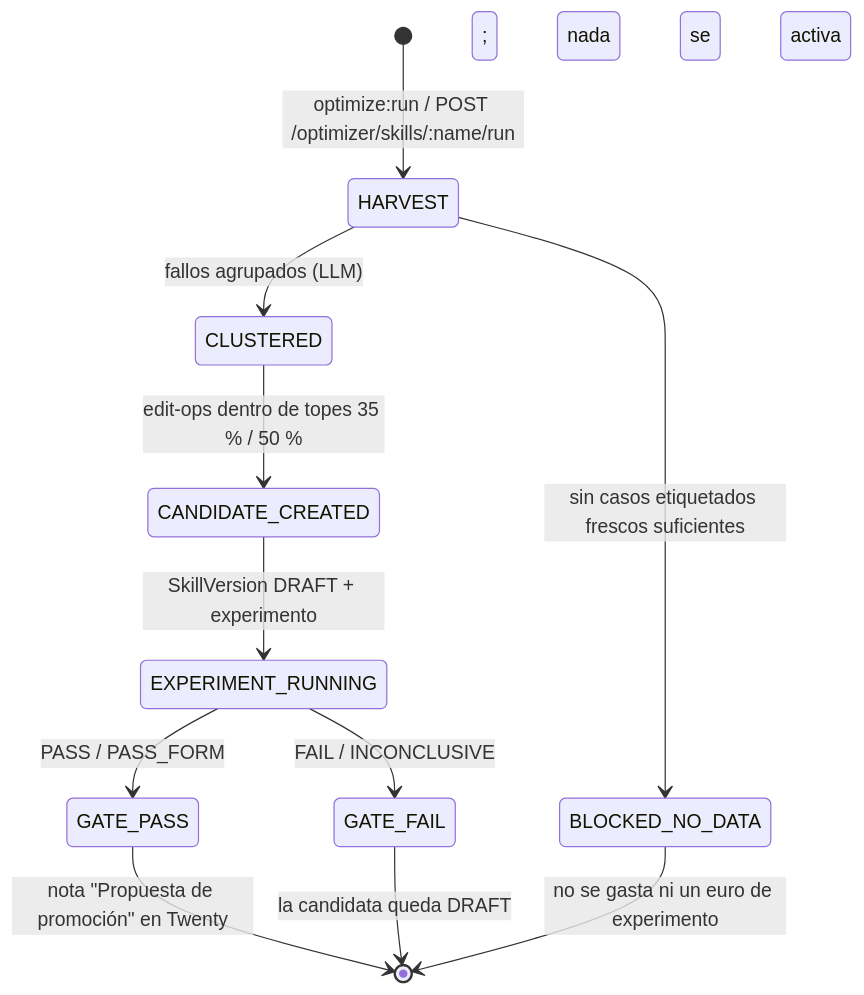
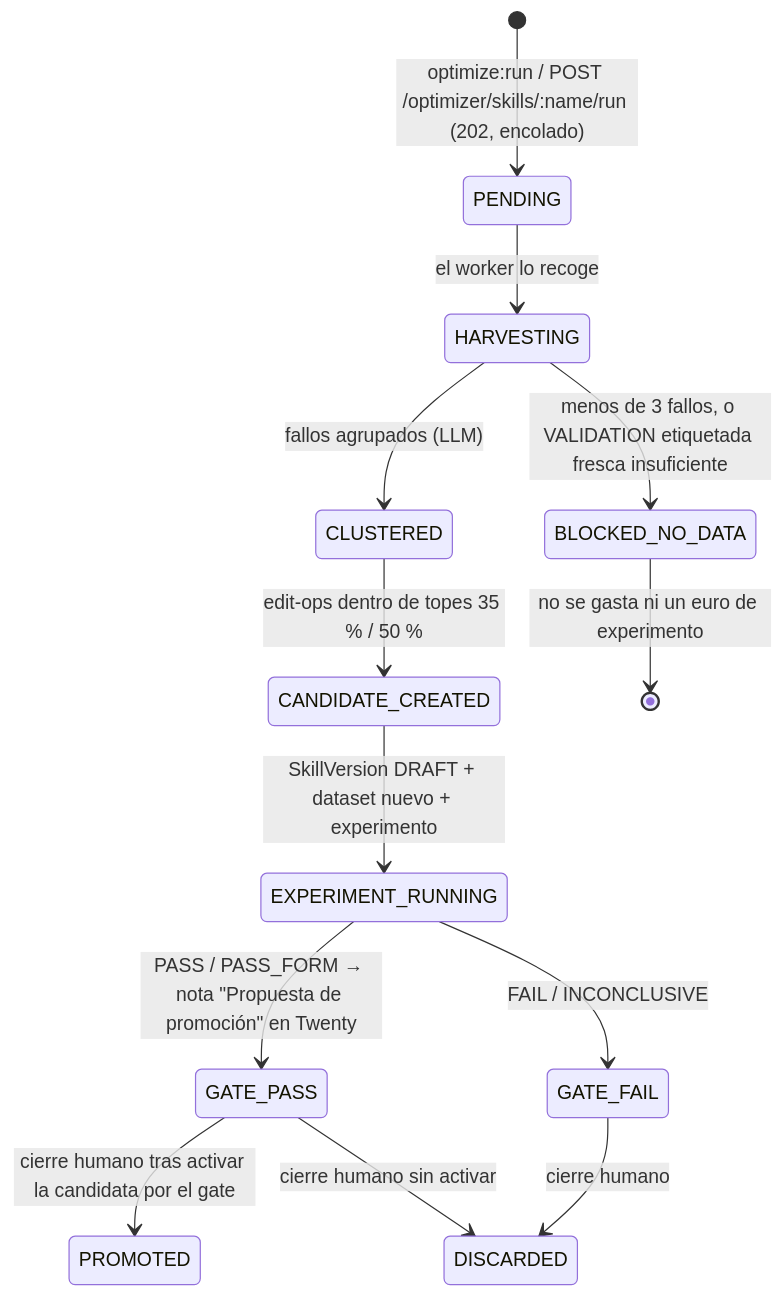
The diagram in docs/skill-optimizer.md (bitclicklabs/commercial-os), drawn with Mermaid before and after one commit. The commit also changed other lines of this file and 1 other file, not shown here.

Commit message:
docs: reconcilia skill-optimizer.md y ciclo con la implementación real (estados, cierre humano, umbrales, rutas del canario)

````diff
--- a/docs/skill-optimizer.md
+++ b/docs/skill-optimizer.md
@@ -38,13 +38,15 @@
 ```mermaid
 stateDiagram-v2
-    [*] --> HARVEST: optimize:run / POST /optimizer/skills/:name/run
-    HARVEST --> BLOCKED_NO_DATA: sin casos etiquetados frescos suficientes
-    HARVEST --> CLUSTERED: fallos agrupados (LLM)
+    [*] --> PENDING: optimize:run / POST /optimizer/skills/:name/run (202, encolado)
+    PENDING --> HARVESTING: el worker lo recoge
+    HARVESTING --> BLOCKED_NO_DATA: menos de 3 fallos, o VALIDATION etiquetada fresca insuficiente
+    HARVESTING --> CLUSTERED: fallos agrupados (LLM)
     CLUSTERED --> CANDIDATE_CREATED: edit-ops dentro de topes 35 % / 50 %
-    CANDIDATE_CREATED --> EXPERIMENT_RUNNING: SkillVersion DRAFT + experimento
-    EXPERIMENT_RUNNING --> GATE_PASS: PASS / PASS_FORM
+    CANDIDATE_CREATED --> EXPERIMENT_RUNNING: SkillVersion DRAFT + dataset nuevo + experimento
+    EXPERIMENT_RUNNING --> GATE_PASS: PASS / PASS_FORM → nota "Propuesta de promoción" en Twenty
     EXPERIMENT_RUNNING --> GATE_FAIL: FAIL / INCONCLUSIVE
-    GATE_PASS --> [*]: nota "Propuesta de promoción" en Twenty
-    GATE_FAIL --> [*]: la candidata queda DRAFT; nada se activa
+    GATE_PASS --> PROMOTED: cierre humano tras activar la candidata por el gate
+    GATE_PASS --> DISCARDED: cierre humano sin activar
+    GATE_FAIL --> DISCARDED: cierre humano
     BLOCKED_NO_DATA --> [*]: no se gasta ni un euro de experimento
 ```
````
